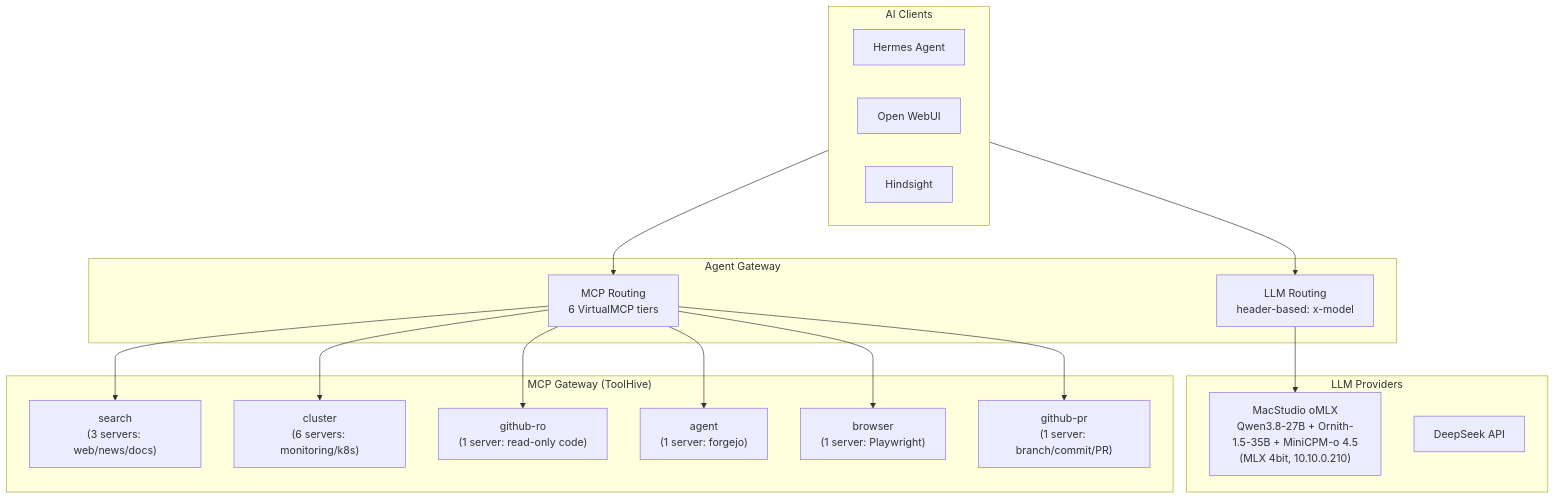
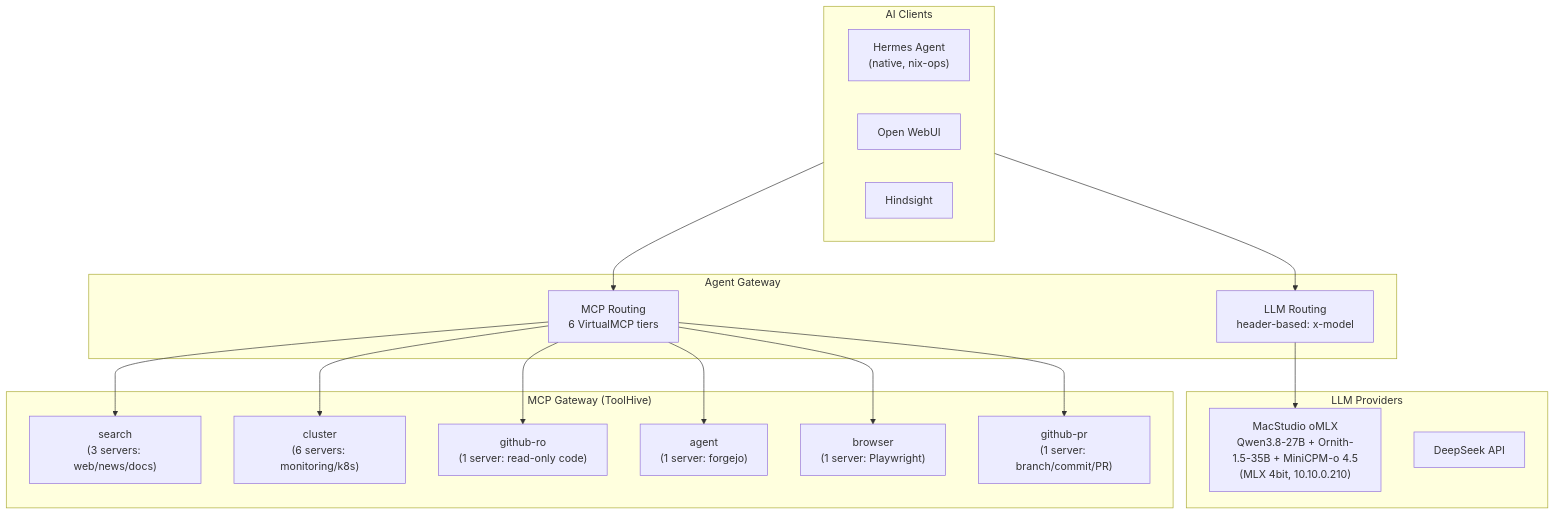
One commit to soulwhisper/home-ops changed the diagram in docs/application/ai.md. Above: the diagram before and after it, drawn with Mermaid. The commit also changed other lines of this file and 20 other files, not shown here.

````diff
--- a/docs/application/ai.md
+++ b/docs/application/ai.md
@@ -8,37 +8,37 @@
 ```mermaid
 flowchart TB
     subgraph Clients["AI Clients"]
-        Hermes["Hermes Agent"]
+        Hermes["Hermes Agent<br/>(native, nix-ops)"]
         OWUI["Open WebUI"]
         HS["Hindsight"]
     end
 
     subgraph Gateway["Agent Gateway"]
         AG-LLM["LLM Routing<br/>header-based: x-model"]
         AG-MCP["MCP Routing<br/>6 VirtualMCP tiers"]
     end
 
     subgraph LLM["LLM Providers"]
         Studio["MacStudio oMLX<br/>Qwen3.8-27B + Ornith-1.5-35B + MiniCPM-o 4.5<br/>(MLX 4bit, 10.10.0.210)"]
         External["DeepSeek API"]
     end
 
     subgraph MCP["MCP Gateway (ToolHive)"]
         VMCP-SEARCH["search<br/>(3 servers: web/news/docs)"]
         VMCP-CLUSTER["cluster<br/>(6 servers: monitoring/k8s)"]
         VMCP-GITHUBRO["github-ro<br/>(1 server: read-only code)"]
         VMCP-AGENT["agent<br/>(1 server: forgejo)"]
         VMCP-BROWSER["browser<br/>(1 server: Playwright)"]
         VMCP-GITHUBPR["github-pr<br/>(1 server: branch/commit/PR)"]
     end
 
     Clients --> AG-LLM
     Clients --> AG-MCP
     AG-LLM --> Studio
     AG-MCP --> VMCP-SEARCH
     AG-MCP --> VMCP-CLUSTER
     AG-MCP --> VMCP-GITHUBRO
     AG-MCP --> VMCP-AGENT
     AG-MCP --> VMCP-BROWSER
     AG-MCP --> VMCP-GITHUBPR
 ```
````
